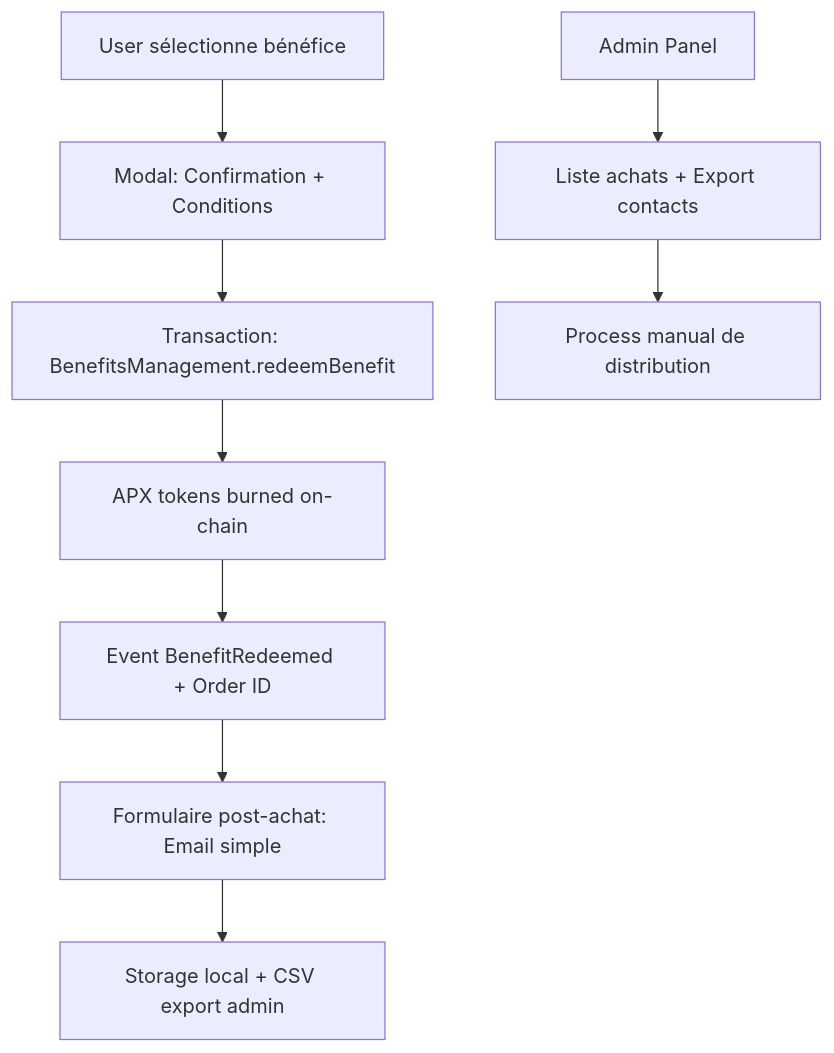
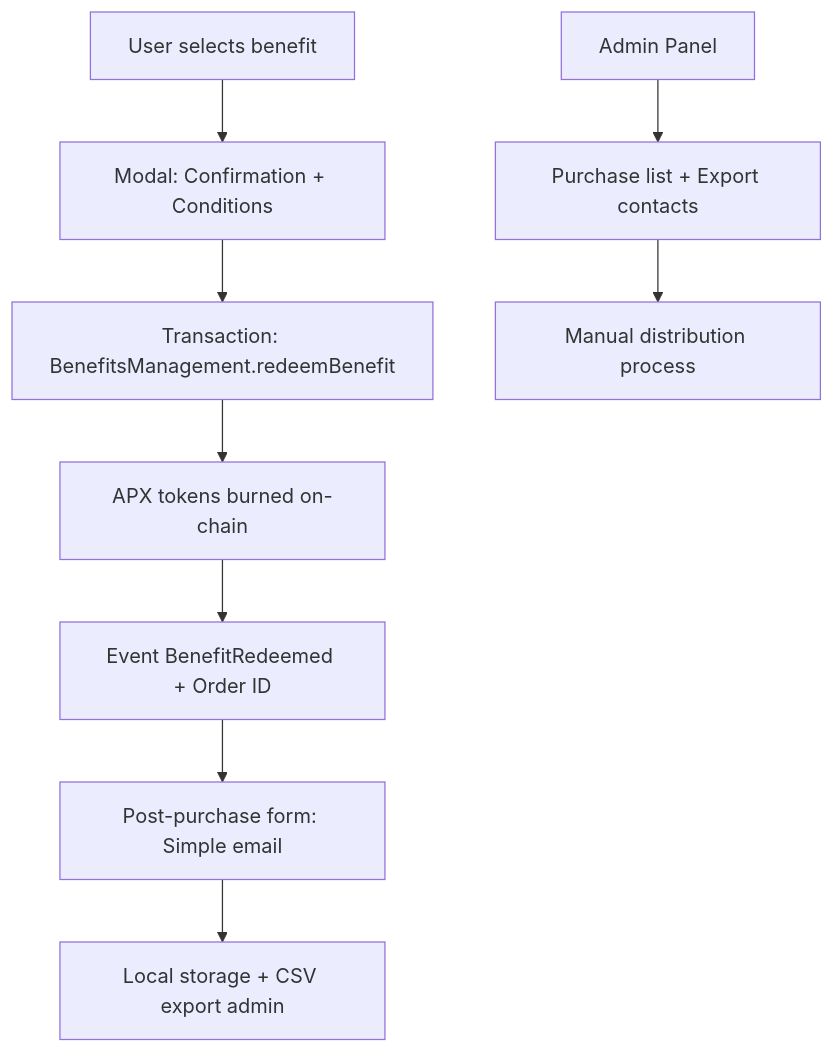
Before and after one commit to AidenP2P/test-app-aptitudex: the diagram in BENEFITS_SYSTEM_ARCHITECTURE.md, drawn with Mermaid. The commit also changed other lines of this file and 3 other files, not shown here.

````diff
--- a/BENEFITS_SYSTEM_ARCHITECTURE.md
+++ b/BENEFITS_SYSTEM_ARCHITECTURE.md
@@ -9,12 +9,12 @@
 ```mermaid
 graph TD
-    A[User sélectionne bénéfice] --> B[Modal: Confirmation + Conditions]
+    A[User selects benefit] --> B[Modal: Confirmation + Conditions]
     B --> C[Transaction: BenefitsManagement.redeemBenefit]
     C --> D[APX tokens burned on-chain]
     D --> E[Event BenefitRedeemed + Order ID]
-    E --> F[Formulaire post-achat: Email simple]
-    F --> G[Storage local + CSV export admin]
+    E --> F[Post-purchase form: Simple email]
+    F --> G[Local storage + CSV export admin]
     
-    H[Admin Panel] --> I[Liste achats + Export contacts]
-    I --> J[Process manual de distribution]
+    H[Admin Panel] --> I[Purchase list + Export contacts]
+    I --> J[Manual distribution process]
 ```
````
